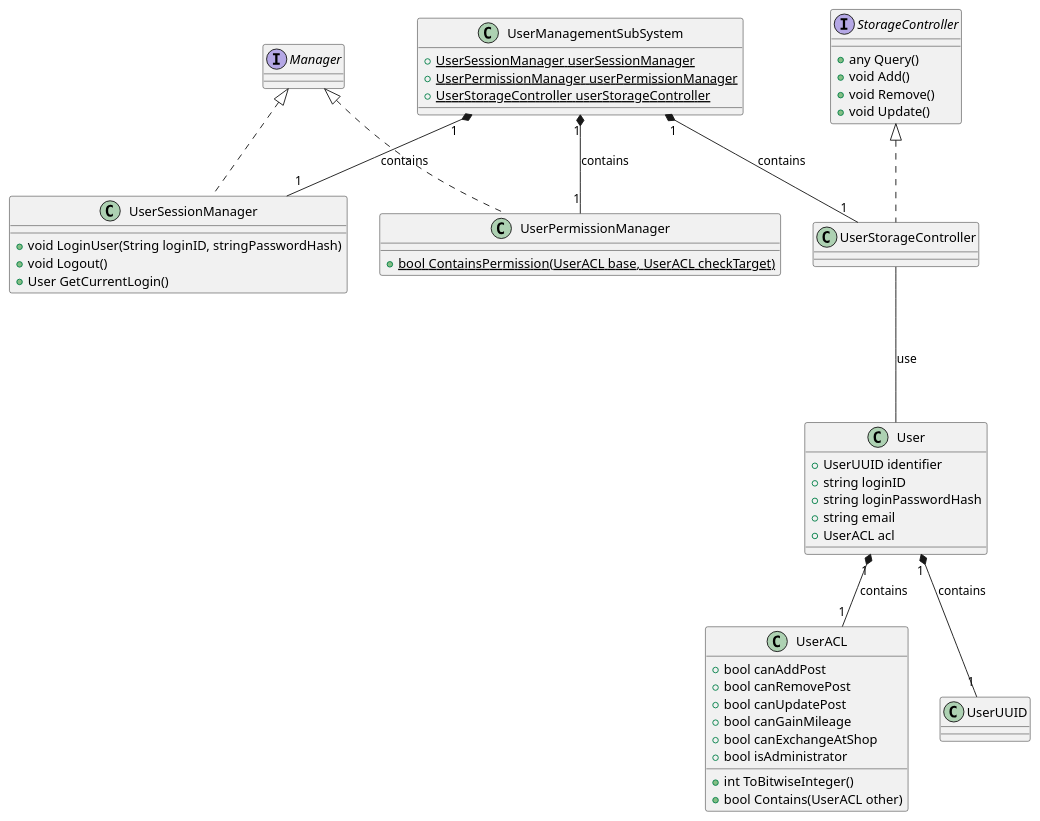
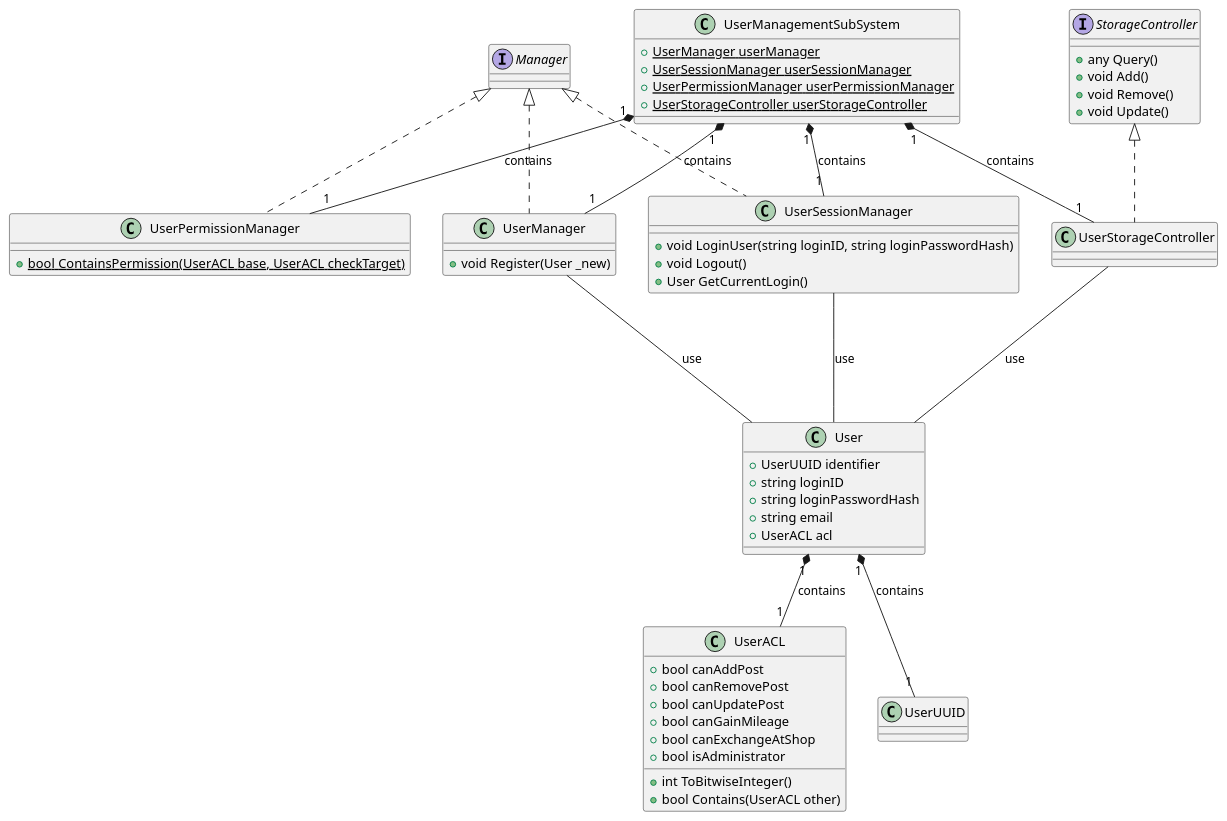
One commit to ShapeLayer/se-lecture-task__project-structure-definitions changed the diagram in src/UserManagement.puml. Above: the diagram before and after it, drawn with PlantUML. The commit also changed 11 other files, not shown here.

```diff
--- a/src/UserManagement.puml
+++ b/src/UserManagement.puml
@@ -1,56 +1,64 @@
 @startuml
 Interface Manager
 Interface StorageController {
     + any Query()
     + void Add()
     + void Remove()
     + void Update()
 }
 
 class UserACL {
     + bool canAddPost
     + bool canRemovePost
     + bool canUpdatePost
     + bool canGainMileage
     + bool canExchangeAtShop
     + bool isAdministrator
     + int ToBitwiseInteger()
     + bool Contains(UserACL other)
 }
 
 class User {
     + UserUUID identifier
     + string loginID
     + string loginPasswordHash
     + string email
     + UserACL acl
 }
 
+class UserManager implements Manager {
+    + void Register(User _new)
+}
+UserManager --- User : use
+
 class UserSessionManager implements Manager {
-    + void LoginUser(String loginID, stringPasswordHash)
+    + void LoginUser(string loginID, string loginPasswordHash)
     + void Logout()
     + User GetCurrentLogin()
 }
+UserSessionManager --- User : use
 
 class UserStorageController implements StorageController {}
 UserStorageController --- User : use
 
 class UserPermissionManager implements Manager {
     + {static} bool ContainsPermission(UserACL base, UserACL checkTarget)
 }
 
 User "1" *-- "1" UserUUID : contains
 User "1" *-- "1" UserACL : contains
 
 ' User Management SubSystem
 
 class UserManagementSubSystem {
+    + {static} UserManager userManager
     + {static} UserSessionManager userSessionManager
     + {static} UserPermissionManager userPermissionManager
     + {static} UserStorageController userStorageController
 }
 
+UserManagementSubSystem "1" *-- "1" UserManager : contains
 UserManagementSubSystem "1" *-- "1" UserSessionManager : contains
 UserManagementSubSystem "1" *-- "1" UserStorageController : contains
 UserManagementSubSystem "1" *-- "1" UserPermissionManager : contains
 @enduml
```
